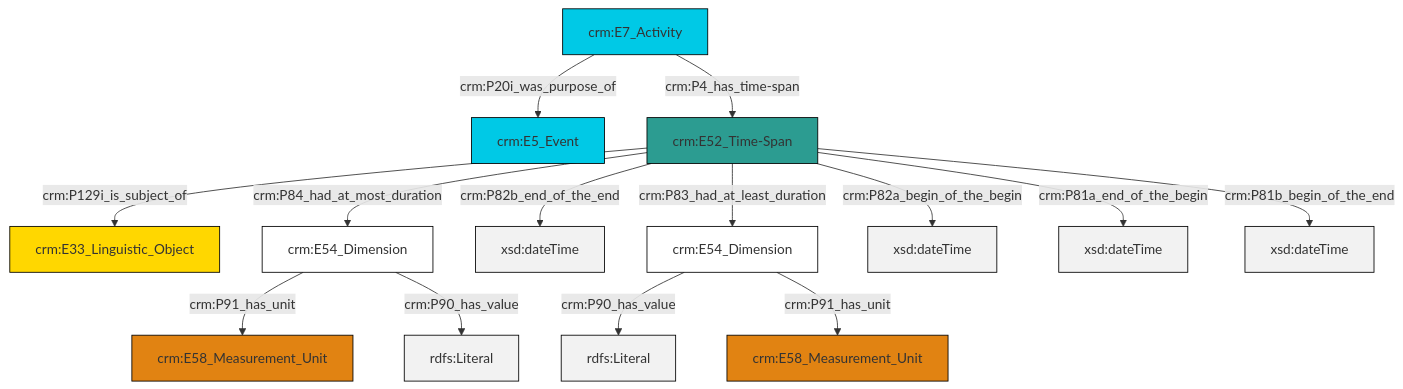
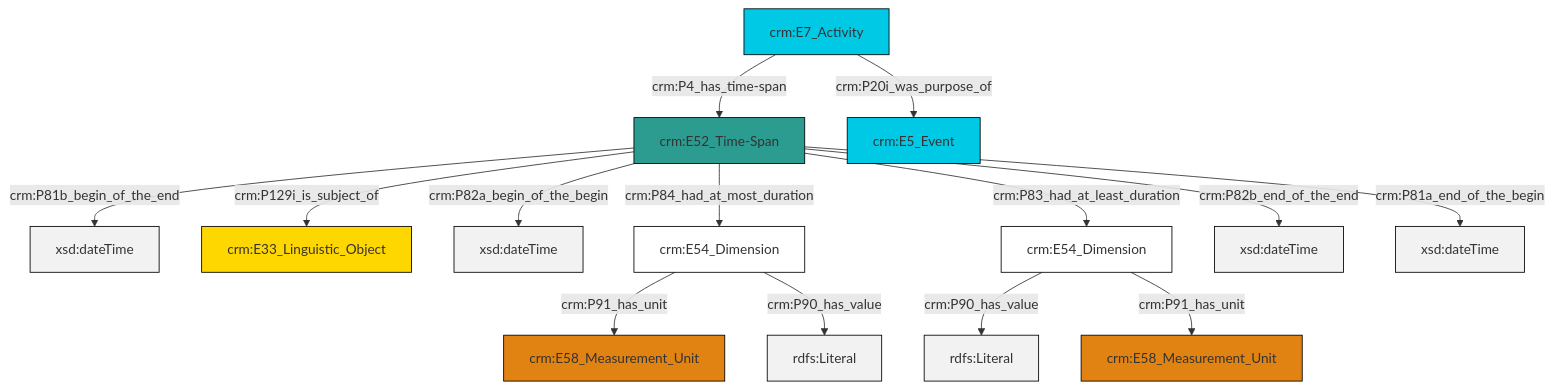
Before and after one commit to swiss-art-research-net/docs.swissartresearch: the diagram in et/eventCSV/ttl/mmd/event_existence.ttl.mmd, drawn with Mermaid. The commit also changed 178 other files, not shown here.

```diff
--- a/et/eventCSV/ttl/mmd/event_existence.ttl.mmd
+++ b/et/eventCSV/ttl/mmd/event_existence.ttl.mmd
@@ -1,28 +1,28 @@
 graph TD
 classDef Literal fill:#f2f2f2,stroke:#000000;
 classDef CRM_Entity fill:#FFFFFF,stroke:#000000;
 classDef Temporal_Entity fill:#00C9E6, stroke:#000000;
 classDef Type fill:#E18312, stroke:#000000;
 classDef Time-Span fill:#2C9C91, stroke:#000000;
 classDef Appellation fill:#FFEB7F, stroke:#000000;
 classDef Place fill:#008836, stroke:#000000;
 classDef Persistent_Item fill:#B266B2, stroke:#000000;
 classDef Conceptual_Object fill:#FFD700, stroke:#000000;
 classDef Physical_Thing fill:#D2B48C, stroke:#000000;
 classDef Actor fill:#f58aad, stroke:#000000;
 classDef PC_Classes fill:#4ce600, stroke:#000000;
 classDef Multi fill:#cccccc,stroke:#000000;
 
-4["crm:E54_Dimension"]:::CRM_Entity -->|crm:P91_has_unit| 8["crm:E58_Measurement_Unit"]:::Type
-9["crm:E52_Time-Span"]:::Time-Span -->|crm:P82b_end_of_the_end| 10[xsd:dateTime]:::Literal
-9["crm:E52_Time-Span"]:::Time-Span -->|crm:P84_had_at_most_duration| 4["crm:E54_Dimension"]:::CRM_Entity
-9["crm:E52_Time-Span"]:::Time-Span -->|crm:P82a_begin_of_the_begin| 14[xsd:dateTime]:::Literal
-12["crm:E54_Dimension"]:::CRM_Entity -->|crm:P90_has_value| 15[rdfs:Literal]:::Literal
-4["crm:E54_Dimension"]:::CRM_Entity -->|crm:P90_has_value| 16[rdfs:Literal]:::Literal
-9["crm:E52_Time-Span"]:::Time-Span -->|crm:P83_had_at_least_duration| 12["crm:E54_Dimension"]:::CRM_Entity
-17["crm:E7_Activity"]:::Temporal_Entity -->|crm:P4_has_time-span| 9["crm:E52_Time-Span"]:::Time-Span
-12["crm:E54_Dimension"]:::CRM_Entity -->|crm:P91_has_unit| 2["crm:E58_Measurement_Unit"]:::Type
-17["crm:E7_Activity"]:::Temporal_Entity -->|crm:P20i_was_purpose_of| 6["crm:E5_Event"]:::Temporal_Entity
-9["crm:E52_Time-Span"]:::Time-Span -->|crm:P129i_is_subject_of| 0["crm:E33_Linguistic_Object"]:::Conceptual_Object
-9["crm:E52_Time-Span"]:::Time-Span -->|crm:P81a_end_of_the_begin| 19[xsd:dateTime]:::Literal
-9["crm:E52_Time-Span"]:::Time-Span -->|crm:P81b_begin_of_the_end| 21[xsd:dateTime]:::Literal
+0["crm:E52_Time-Span"]:::Time-Span -->|crm:P81b_begin_of_the_end| 1[xsd:dateTime]:::Literal
+0["crm:E52_Time-Span"]:::Time-Span -->|crm:P82a_begin_of_the_begin| 4[xsd:dateTime]:::Literal
+7["crm:E54_Dimension"]:::CRM_Entity -->|crm:P90_has_value| 8[rdfs:Literal]:::Literal
+0["crm:E52_Time-Span"]:::Time-Span -->|crm:P82b_end_of_the_end| 9[xsd:dateTime]:::Literal
+0["crm:E52_Time-Span"]:::Time-Span -->|crm:P129i_is_subject_of| 2["crm:E33_Linguistic_Object"]:::Conceptual_Object
+0["crm:E52_Time-Span"]:::Time-Span -->|crm:P84_had_at_most_duration| 5["crm:E54_Dimension"]:::CRM_Entity
+5["crm:E54_Dimension"]:::CRM_Entity -->|crm:P91_has_unit| 10["crm:E58_Measurement_Unit"]:::Type
+5["crm:E54_Dimension"]:::CRM_Entity -->|crm:P90_has_value| 11[rdfs:Literal]:::Literal
+0["crm:E52_Time-Span"]:::Time-Span -->|crm:P83_had_at_least_duration| 7["crm:E54_Dimension"]:::CRM_Entity
+15["crm:E7_Activity"]:::Temporal_Entity -->|crm:P4_has_time-span| 0["crm:E52_Time-Span"]:::Time-Span
+0["crm:E52_Time-Span"]:::Time-Span -->|crm:P81a_end_of_the_begin| 17[xsd:dateTime]:::Literal
+15["crm:E7_Activity"]:::Temporal_Entity -->|crm:P20i_was_purpose_of| 13["crm:E5_Event"]:::Temporal_Entity
+7["crm:E54_Dimension"]:::CRM_Entity -->|crm:P91_has_unit| 19["crm:E58_Measurement_Unit"]:::Type
```
